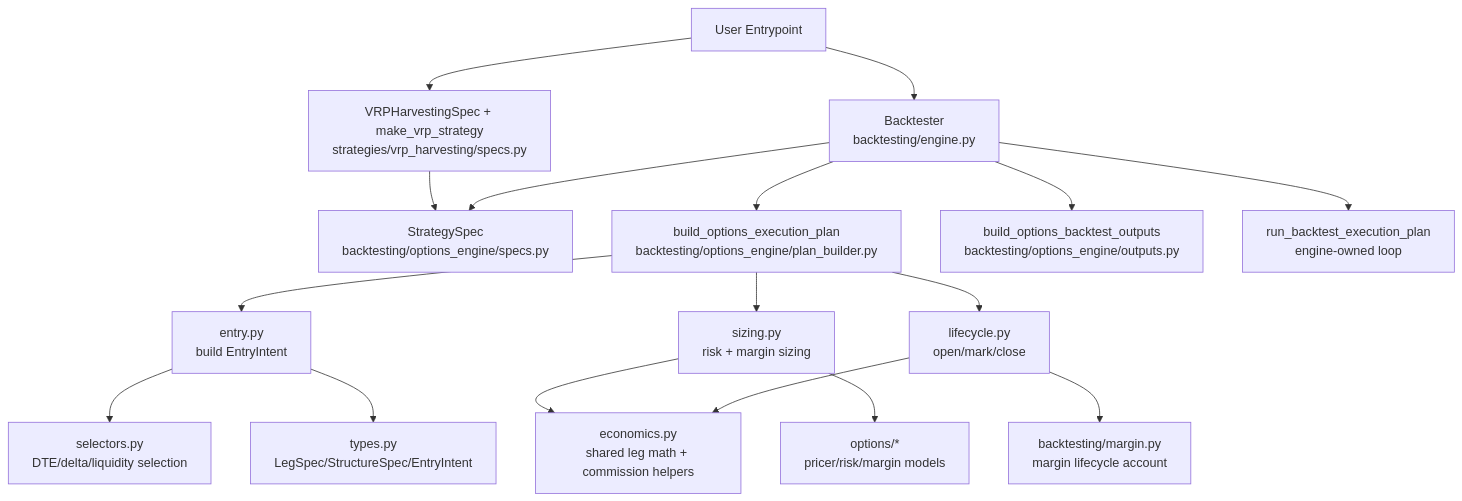
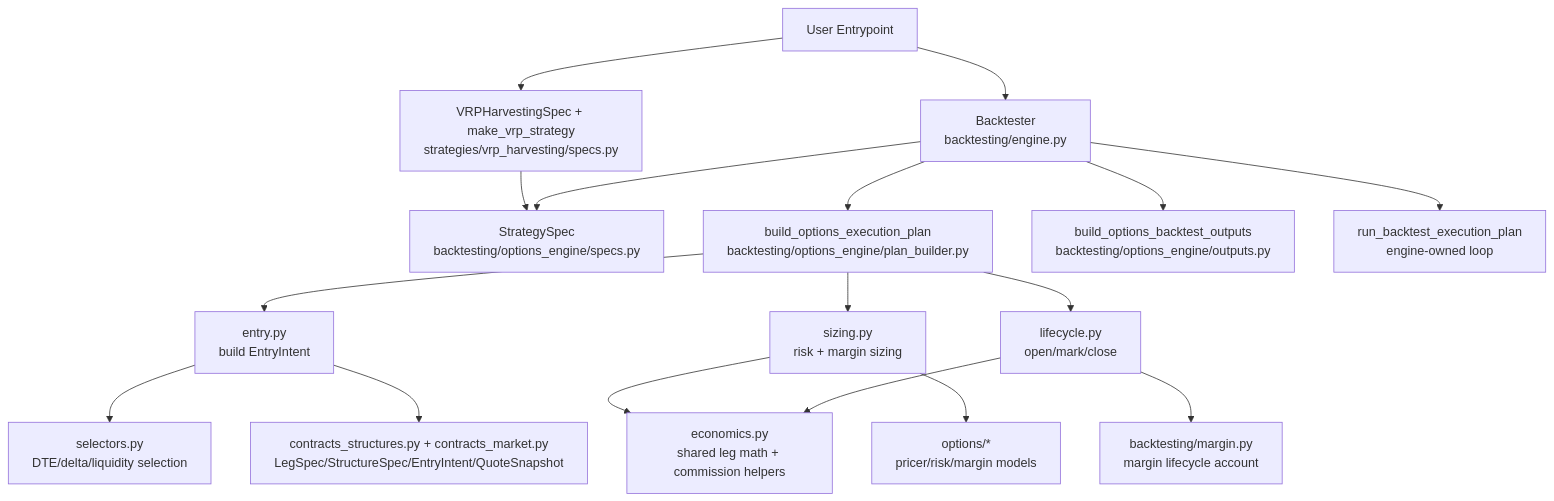
One commit to anthonymakarewicz/volatility-trading changed the first of 3 diagrams in docs/reference/options_backtesting_architecture_overview.md. Above: the diagram before and after it, drawn with Mermaid. The commit also changed 15 other files, not shown here.

Commit message:
refactor(options-engine): split runtime contracts into market and structure modules

````diff
--- a/docs/reference/options_backtesting_architecture_overview.md
+++ b/docs/reference/options_backtesting_architecture_overview.md
@@ -27,20 +27,20 @@
 ```mermaid
 flowchart TD
     A[User Entrypoint] --> B[Backtester<br/>backtesting/engine.py]
     A --> C[VRPHarvestingSpec + make_vrp_strategy<br/>strategies/vrp_harvesting/specs.py]
     C --> D[StrategySpec<br/>backtesting/options_engine/specs.py]
     B --> D
     B --> E[build_options_execution_plan<br/>backtesting/options_engine/plan_builder.py]
     B --> O[build_options_backtest_outputs<br/>backtesting/options_engine/outputs.py]
     E --> F[entry.py<br/>build EntryIntent]
     E --> G[sizing.py<br/>risk + margin sizing]
     E --> H[lifecycle.py<br/>open/mark/close]
     B --> I[run_backtest_execution_plan<br/>engine-owned loop]
 
     F --> J[selectors.py<br/>DTE/delta/liquidity selection]
-    F --> K[types.py<br/>LegSpec/StructureSpec/EntryIntent]
+    F --> K[contracts_structures.py + contracts_market.py<br/>LegSpec/StructureSpec/EntryIntent/QuoteSnapshot]
     G --> N[economics.py<br/>shared leg math + commission helpers]
     H --> N
     G --> L[options/*<br/>pricer/risk/margin models]
     H --> M[backtesting/margin.py<br/>margin lifecycle account]
 ```
````
